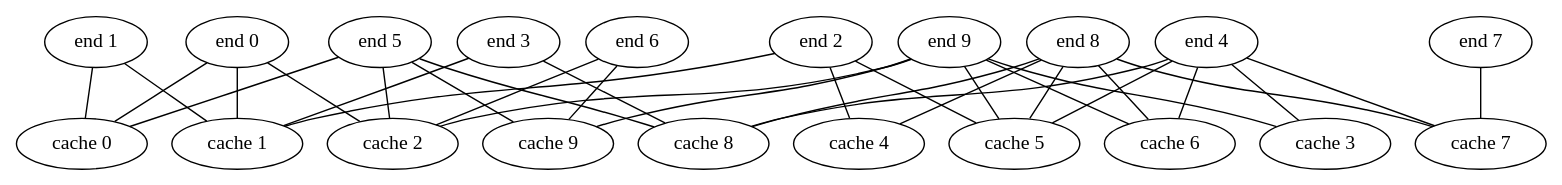
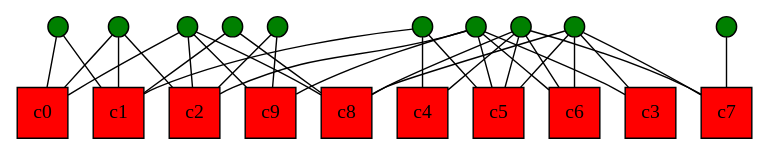
One commit to stoman/HashCode2017 changed the diagram in data/me_at_the_zoo.dot. Above: the diagram before and after it, drawn with Graphviz. The commit also changed 4 other files, not shown here.

```diff
--- a/data/me_at_the_zoo.dot
+++ b/data/me_at_the_zoo.dot
@@ -1,54 +1,54 @@
 graph {
-c0 [label="cache 0"];
-c1 [label="cache 1"];
-c2 [label="cache 2"];
-c3 [label="cache 3"];
-c4 [label="cache 4"];
-c5 [label="cache 5"];
-c6 [label="cache 6"];
-c7 [label="cache 7"];
-c8 [label="cache 8"];
-c9 [label="cache 9"];
-e0 [label="end 0"];
-e1 [label="end 1"];
-e2 [label="end 2"];
-e3 [label="end 3"];
-e4 [label="end 4"];
-e5 [label="end 5"];
-e6 [label="end 6"];
-e7 [label="end 7"];
-e8 [label="end 8"];
-e9 [label="end 9"];
+c0 [shape=box, width=0.5, style=filled, fillcolor="red"];
+c1 [shape=box, width=0.5, style=filled, fillcolor="red"];
+c2 [shape=box, width=0.5, style=filled, fillcolor="red"];
+c3 [shape=box, width=0.5, style=filled, fillcolor="red"];
+c4 [shape=box, width=0.5, style=filled, fillcolor="red"];
+c5 [shape=box, width=0.5, style=filled, fillcolor="red"];
+c6 [shape=box, width=0.5, style=filled, fillcolor="red"];
+c7 [shape=box, width=0.5, style=filled, fillcolor="red"];
+c8 [shape=box, width=0.5, style=filled, fillcolor="red"];
+c9 [shape=box, width=0.5, style=filled, fillcolor="red"];
+e0 [shape=point, width=0.2, style=filled, fillcolor="green"];
+e1 [shape=point, width=0.2, style=filled, fillcolor="green"];
+e2 [shape=point, width=0.2, style=filled, fillcolor="green"];
+e3 [shape=point, width=0.2, style=filled, fillcolor="green"];
+e4 [shape=point, width=0.2, style=filled, fillcolor="green"];
+e5 [shape=point, width=0.2, style=filled, fillcolor="green"];
+e6 [shape=point, width=0.2, style=filled, fillcolor="green"];
+e7 [shape=point, width=0.2, style=filled, fillcolor="green"];
+e8 [shape=point, width=0.2, style=filled, fillcolor="green"];
+e9 [shape=point, width=0.2, style=filled, fillcolor="green"];
 e0 -- c0;
 e0 -- c1;
 e0 -- c2;
 e1 -- c0;
 e1 -- c1;
 e2 -- c1;
 e2 -- c4;
 e2 -- c5;
 e3 -- c1;
 e3 -- c8;
 e4 -- c3;
 e4 -- c5;
 e4 -- c6;
 e4 -- c7;
 e4 -- c8;
 e5 -- c0;
 e5 -- c2;
 e5 -- c8;
 e5 -- c9;
 e6 -- c2;
 e6 -- c9;
 e7 -- c7;
 e8 -- c4;
 e8 -- c5;
 e8 -- c6;
 e8 -- c7;
 e8 -- c8;
 e9 -- c2;
 e9 -- c3;
 e9 -- c5;
 e9 -- c6;
 e9 -- c9;
 }
```
